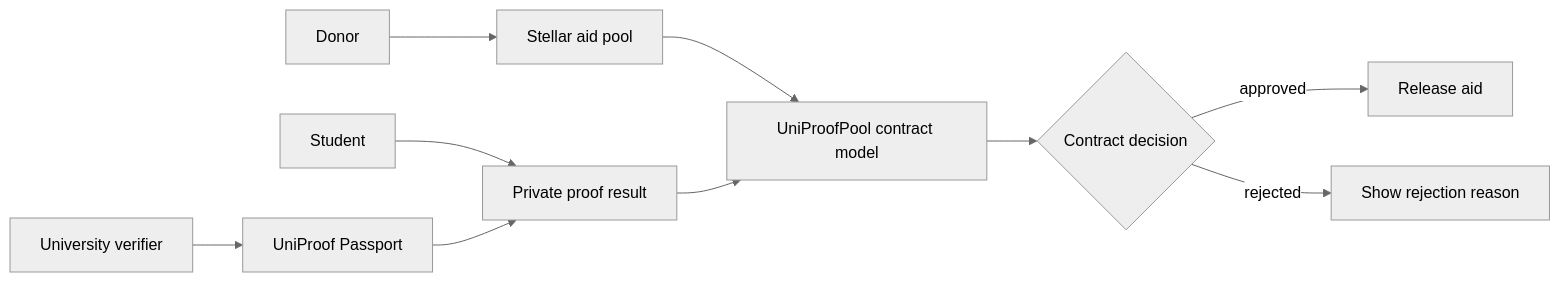
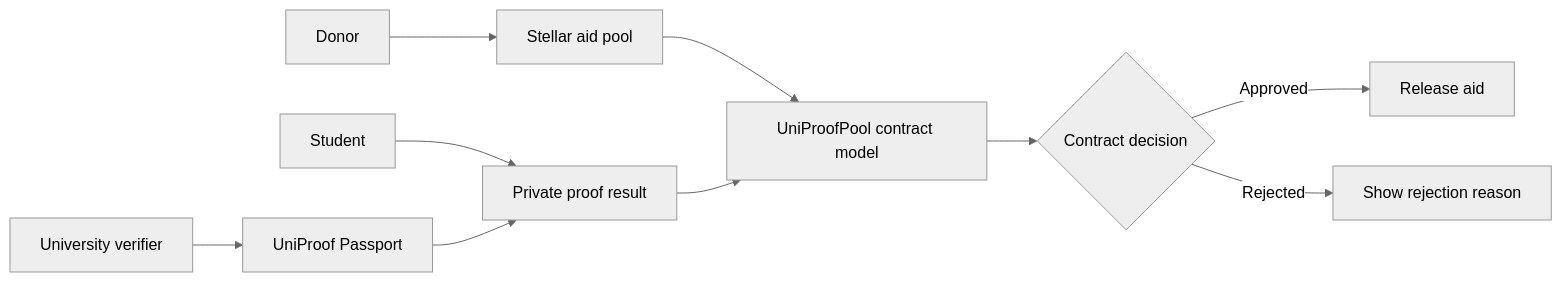
One commit to adetorojeremiahfadesayo/Uniproof changed the diagram in README.md. Above: the diagram before and after it, drawn with Mermaid (neutral theme). The commit also changed other lines of this file and 1 other file, not shown here.

Commit message:
docs: add MIT license

````diff
--- a/README.md
+++ b/README.md
@@ -87,12 +87,12 @@
 ```mermaid
 flowchart LR
-  University[University verifier] --> Passport[UniProof Passport]
-  Student[Student] --> Proof[Private proof result]
-  Donor[Donor] --> Pool[Stellar aid pool]
-  Passport --> Proof
-  Pool --> Contract[UniProofPool contract model]
-  Proof --> Contract
-  Contract --> Decision{Contract decision}
-  Decision -->|approved| Release[Release aid]
-  Decision -->|rejected| Reason[Show rejection reason]
+  university["University verifier"] --> passport["UniProof Passport"]
+  student["Student"] --> proof["Private proof result"]
+  donor["Donor"] --> pool["Stellar aid pool"]
+  passport --> proof
+  pool --> contract["UniProofPool contract model"]
+  proof --> contract
+  contract --> decision{"Contract decision"}
+  decision -- Approved --> release["Release aid"]
+  decision -- Rejected --> reason["Show rejection reason"]
 ```
````
